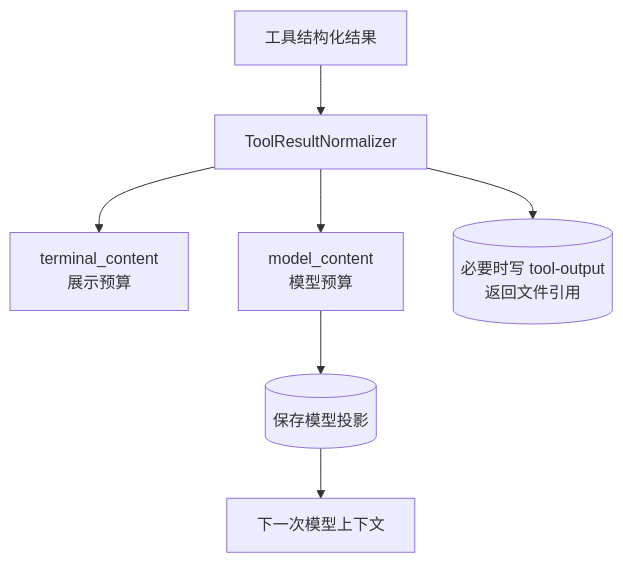
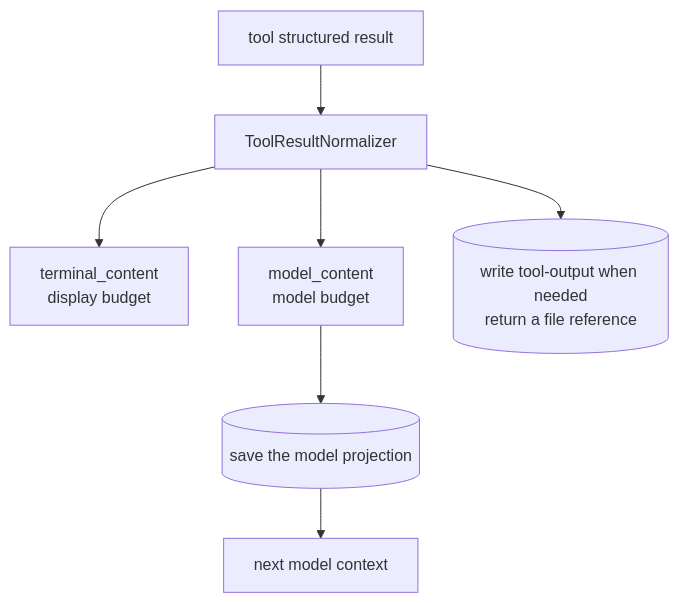
Before and after one commit to Azzurroooo/rind: the diagram in docs/internals/04-tools/tool-results.md, drawn with Mermaid. The commit also changed other lines of this file and 109 other files, not shown here.

```diff
--- a/docs/internals/04-tools/tool-results.md
+++ b/docs/internals/04-tools/tool-results.md
@@ -5,9 +7,9 @@
 ~~~mermaid
 flowchart TB
-    RAW["工具结构化结果"] --> N["ToolResultNormalizer"]
-    N --> UI["terminal_content<br/>展示预算"]
-    N --> MODEL["model_content<br/>模型预算"]
-    N --> DISK[("必要时写 tool-output<br/>返回文件引用")]
-    MODEL --> HISTORY[("保存模型投影")]
-    HISTORY --> NEXT["下一次模型上下文"]
+    RAW["tool structured result"] --> N["ToolResultNormalizer"]
+    N --> UI["terminal_content<br/>display budget"]
+    N --> MODEL["model_content<br/>model budget"]
+    N --> DISK[("write tool-output when needed<br/>return a file reference")]
+    MODEL --> HISTORY[("save the model projection")]
+    HISTORY --> NEXT["next model context"]
 ~~~
```
